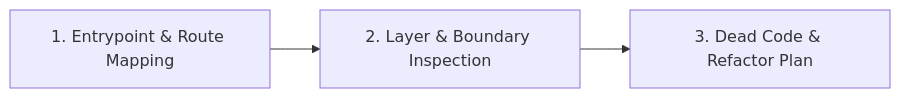
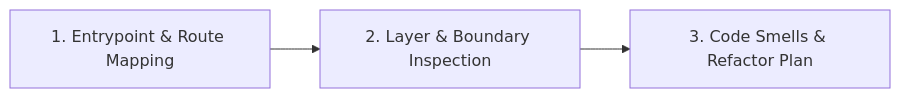
One commit to warpcode/dotfiles changed the diagram in .github/skills/code-architecture/SKILL.md. Above: the diagram before and after it, drawn with Mermaid. The commit also changed other lines of this file and 66 other files, not shown here.

````diff
--- a/.github/skills/code-architecture/SKILL.md
+++ b/.github/skills/code-architecture/SKILL.md
@@ -25,4 +26,4 @@
 ```mermaid
 flowchart LR
-    A["1. Entrypoint & Route Mapping"] --> B["2. Layer & Boundary Inspection"] --> C["3. Dead Code & Refactor Plan"]
+    A["1. Entrypoint & Route Mapping"] --> B["2. Layer & Boundary Inspection"] --> C["3. Code Smells & Refactor Plan"]
 ```
````
